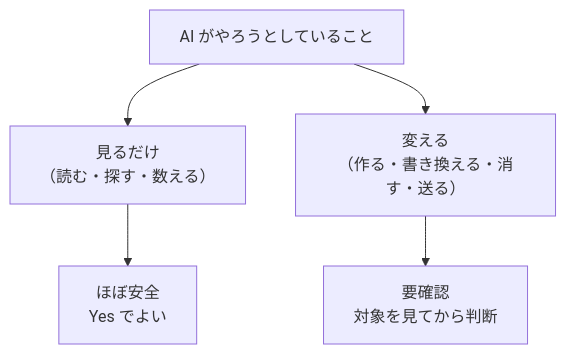
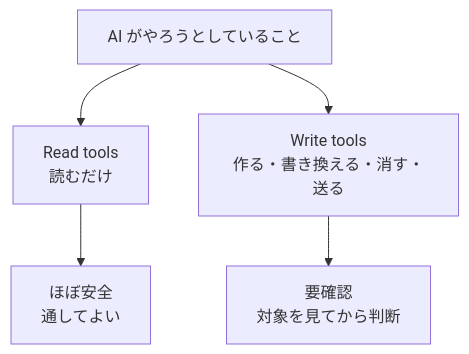
The diagram in books/claude-code-words-for-office/introduction.md (meikocho1/blog), drawn with Mermaid before and after one commit. The commit also changed other lines of this file and 37 other files, not shown here.

````diff
--- a/books/claude-code-words-for-office/introduction.md
+++ b/books/claude-code-words-for-office/introduction.md
@@ -67,7 +83,7 @@
 ```mermaid
 graph TD
-    A["AI がやろうとしていること"] --> B["見るだけ<br/>（読む・探す・数える）"]
-    A --> C["変える<br/>（作る・書き換える・消す・送る）"]
-    B --> D["ほぼ安全<br/>Yes でよい"]
+    A["AI がやろうとしていること"] --> B["Read tools<br/>読むだけ"]
+    A --> C["Write tools<br/>作る・書き換える・消す・送る"]
+    B --> D["ほぼ安全<br/>通してよい"]
     C --> E["要確認<br/>対象を見てから判断"]
 ```
````
